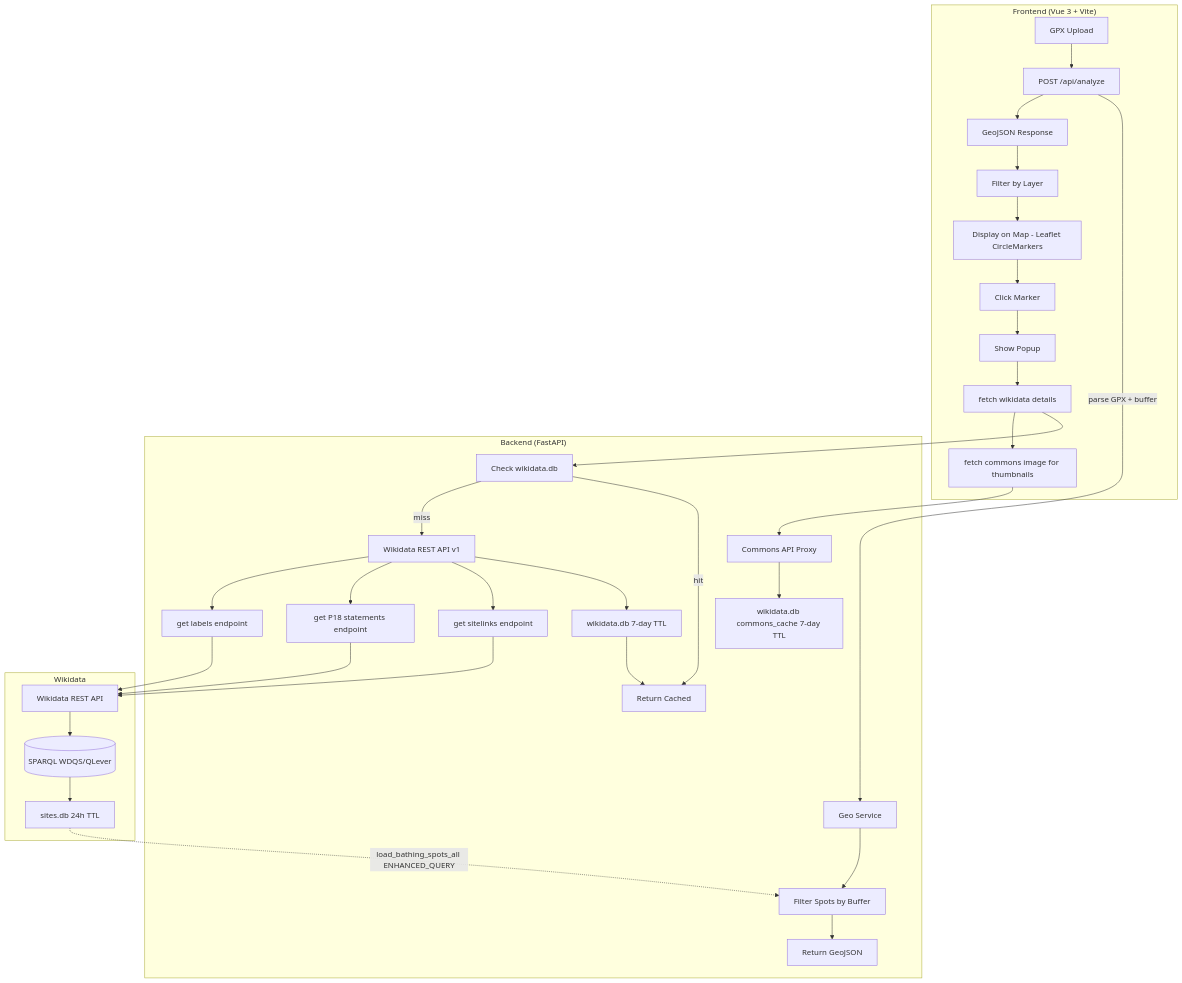
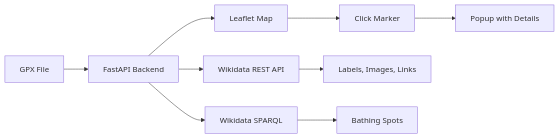
Before and after one commit to dpriskorn/bathing-route: the diagram in README.md, drawn with Mermaid. The commit also changed other lines of this file, not shown here.

Commit message:
Simplify architecture diagram to show just the basics

````diff
--- a/README.md
+++ b/README.md
@@ -48,39 +48,12 @@
 ```mermaid
-flowchart TD
-    subgraph Frontend["Frontend (Vue 3 + Vite)"]
-        A[GPX Upload] --> B[POST /api/analyze]
-        B --> C[GeoJSON Response]
-        C --> D[Filter by Layer]
-        D --> E[Display on Map - Leaflet CircleMarkers]
-        E --> F[Click Marker]
-        F --> G[Show Popup]
-        G --> H[fetch wikidata details]
-        H --> I[fetch commons image for thumbnails]
-    end
+flowchart LR
+    A[GPX File] --> B[FastAPI Backend]
+    B --> C[Leaflet Map]
+    C --> D[Click Marker]
+    D --> E[Popup with Details]
 
-    subgraph Backend["Backend (FastAPI)"]
-        B -->|parse GPX + buffer| J[Geo Service]
-        J --> K[Filter Spots by Buffer]
-        K --> L[Return GeoJSON]
-
-        H --> M[Check wikidata.db]
-        M -->|miss| N[Wikidata REST API v1]
-        N --> O[get labels endpoint]
-        N --> P[get P18 statements endpoint]
-        N --> Q[get sitelinks endpoint]
-        M -->|hit| R[Return Cached]
-        N --> S[wikidata.db 7-day TTL]
-        S --> R
-
-        I --> T[Commons API Proxy]
-        T --> U[wikidata.db commons_cache 7-day TTL]
-    end
-
-    subgraph Wikidata["Wikidata"]
-        O & P & Q --> V[Wikidata REST API]
-        V --> W[(SPARQL WDQS/QLever)]
-        W --> X[sites.db 24h TTL]
-    end
-
-    X -.->|load_bathing_spots_all ENHANCED_QUERY| K
+    B --> F[Wikidata REST API]
+    B --> G[Wikidata SPARQL]
+    F --> H[Labels, Images, Links]
+    G --> I[Bathing Spots]
 ```
````
